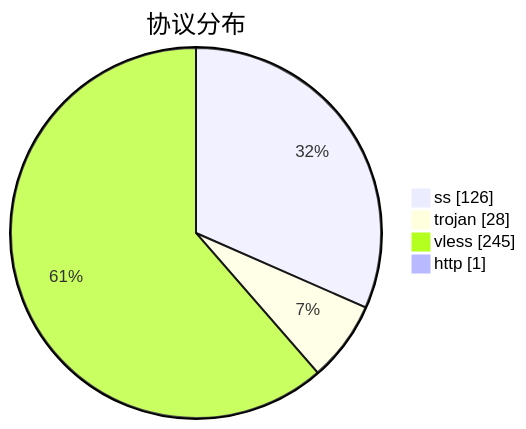
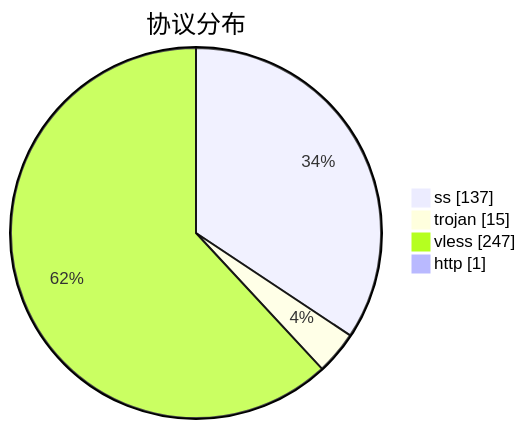
One commit to qjlxg/airport changed the third of 3 diagrams in subs/statistics/tested_within.md. Above: the diagram before and after it, drawn with Mermaid. The commit also changed other lines of this file and 2 other files, not shown here.

````diff
--- a/subs/statistics/tested_within.md
+++ b/subs/statistics/tested_within.md
@@ -19,8 +19,8 @@
 ```mermaid
 pie showData
 title 协议分布
-"ss" : 126
-"trojan" : 28
-"vless" : 245
+"ss" : 137
+"trojan" : 15
+"vless" : 247
 "http" : 1
 ```
````
